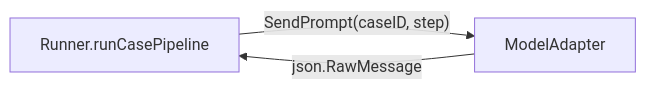
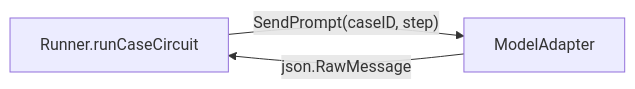
Before and after one commit to dpopsuev/origami: the first of 2 diagrams in .cursor/contracts/completed/framework/agent-adapter-overloading.md, drawn with Mermaid. The commit also changed other lines of this file and 315 other files, not shown here.

````diff
--- a/.cursor/contracts/completed/framework/agent-adapter-overloading.md
+++ b/.cursor/contracts/completed/framework/agent-adapter-overloading.md
@@ -30,5 +30,5 @@
 ```mermaid
 flowchart LR
-    Runner["Runner.runCasePipeline"] -->|"SendPrompt(caseID, step)"| Adapter[ModelAdapter]
+    Runner["Runner.runCaseCircuit"] -->|"SendPrompt(caseID, step)"| Adapter[ModelAdapter]
     Adapter -->|json.RawMessage| Runner
 ```
````
